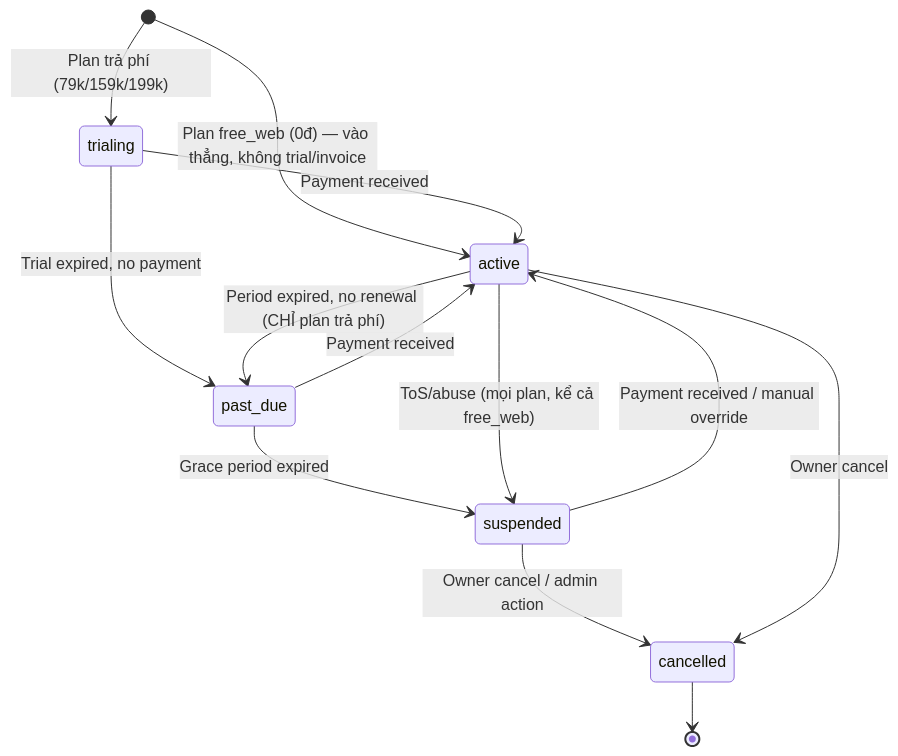
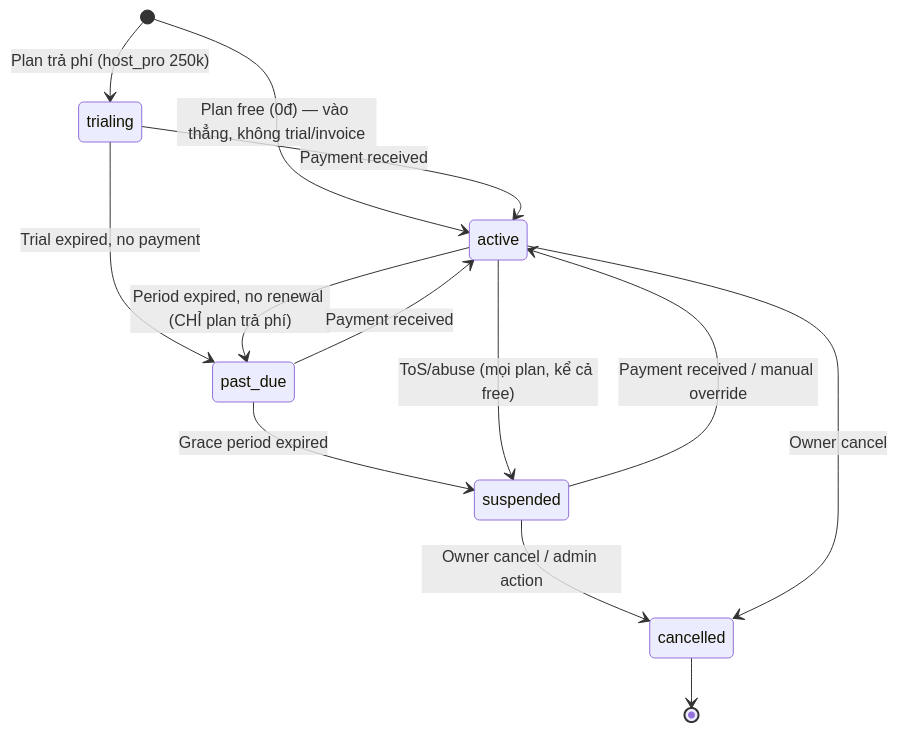
Before and after one commit to maingocanh1702/plexco-app: the diagram in docs/features/feature_billing_lifecycle.md, drawn with Mermaid. The commit also changed other lines of this file and 55 other files, not shown here.

Commit message:
chore: commit canonical packages/db schema + phase-1 planning (DD-29/30)

````diff
--- a/docs/features/feature_billing_lifecycle.md
+++ b/docs/features/feature_billing_lifecycle.md
@@ -102,15 +100,15 @@
 ```mermaid
 stateDiagram-v2
-    [*] --> active: Plan free_web (0đ) — vào thẳng, không trial/invoice
-    [*] --> trialing: Plan trả phí (79k/159k/199k)
+    [*] --> active: Plan free (0đ) — vào thẳng, không trial/invoice
+    [*] --> trialing: Plan trả phí (host_pro 250k)
     trialing --> active: Payment received
     trialing --> past_due: Trial expired, no payment
     active --> past_due: Period expired, no renewal (CHỈ plan trả phí)
     past_due --> suspended: Grace period expired
     past_due --> active: Payment received
     suspended --> active: Payment received / manual override
-    active --> suspended: ToS/abuse (mọi plan, kể cả free_web)
+    active --> suspended: ToS/abuse (mọi plan, kể cả free)
     suspended --> cancelled: Owner cancel / admin action
     active --> cancelled: Owner cancel
     cancelled --> [*]
 ```
````
